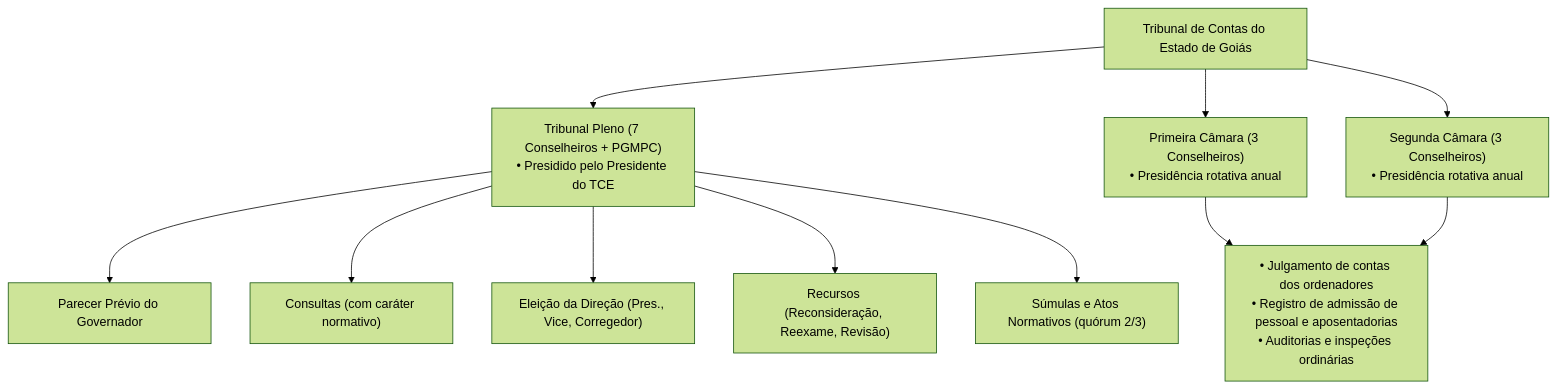
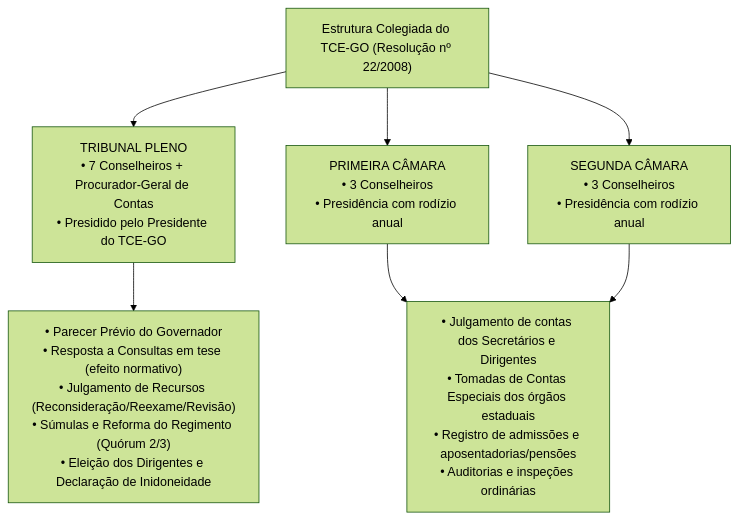
One commit to thiagosantos346/TCE-GO-2027 changed the first of 2 diagrams in fontes_de_estudo/conhecimentos_gerais/03_legislacao_institucional/03_regimento_interno_tce_go_resolucao_22_2008.md. Above: the diagram before and after it, drawn with Mermaid (forest theme). The commit also changed other lines of this file and 119 other files, not shown here.

````diff
--- a/fontes_de_estudo/conhecimentos_gerais/03_legislacao_institucional/03_regimento_interno_tce_go_resolucao_22_2008.md
+++ b/fontes_de_estudo/conhecimentos_gerais/03_legislacao_institucional/03_regimento_interno_tce_go_resolucao_22_2008.md
@@ -101,16 +55,12 @@
 ```mermaid
 graph TD
-    TCE[Tribunal de Contas do Estado de Goiás]
+    TCE["Estrutura Colegiada do TCE-GO (Resolução nº 22/2008)"]
     
-    TCE --> Pleno["Tribunal Pleno (7 Conselheiros + PGMPC)<br/>• Presidido pelo Presidente do TCE"]
-    TCE --> C1["Primeira Câmara (3 Conselheiros)<br/>• Presidência rotativa anual"]
-    TCE --> C2["Segunda Câmara (3 Conselheiros)<br/>• Presidência rotativa anual"]
+    TCE --> Pleno["TRIBUNAL PLENO<br/>• 7 Conselheiros + Procurador-Geral de Contas<br/>• Presidido pelo Presidente do TCE-GO"]
+    TCE --> C1["PRIMEIRA CÂMARA<br/>• 3 Conselheiros<br/>• Presidência com rodízio anual"]
+    TCE --> C2["SEGUNDA CÂMARA<br/>• 3 Conselheiros<br/>• Presidência com rodízio anual"]
     
-    Pleno --> P1["Parecer Prévio do Governador"]
-    Pleno --> P2["Consultas (com caráter normativo)"]
-    Pleno --> P3["Eleição da Direção (Pres., Vice, Corregedor)"]
-    Pleno --> P4["Recursos (Reconsideração, Reexame, Revisão)"]
-    Pleno --> P5["Súmulas e Atos Normativos (quórum 2/3)"]
+    Pleno --> PMat["• Parecer Prévio do Governador<br/>• Resposta a Consultas em tese (efeito normativo)<br/>• Julgamento de Recursos (Reconsideração/Reexame/Revisão)<br/>• Súmulas e Reforma do Regimento (Quórum 2/3)<br/>• Eleição dos Dirigentes e Declaração de Inidoneidade"]
     
-    C1 & C2 --> CMat["• Julgamento de contas dos ordenadores<br/>• Registro de admissão de pessoal e aposentadorias<br/>• Auditorias e inspeções ordinárias"]
+    C1 & C2 --> CMat["• Julgamento de contas dos Secretários e Dirigentes<br/>• Tomadas de Contas Especiais dos órgãos estaduais<br/>• Registro de admissões e aposentadorias/pensões<br/>• Auditorias e inspeções ordinárias"]
 ```
````
